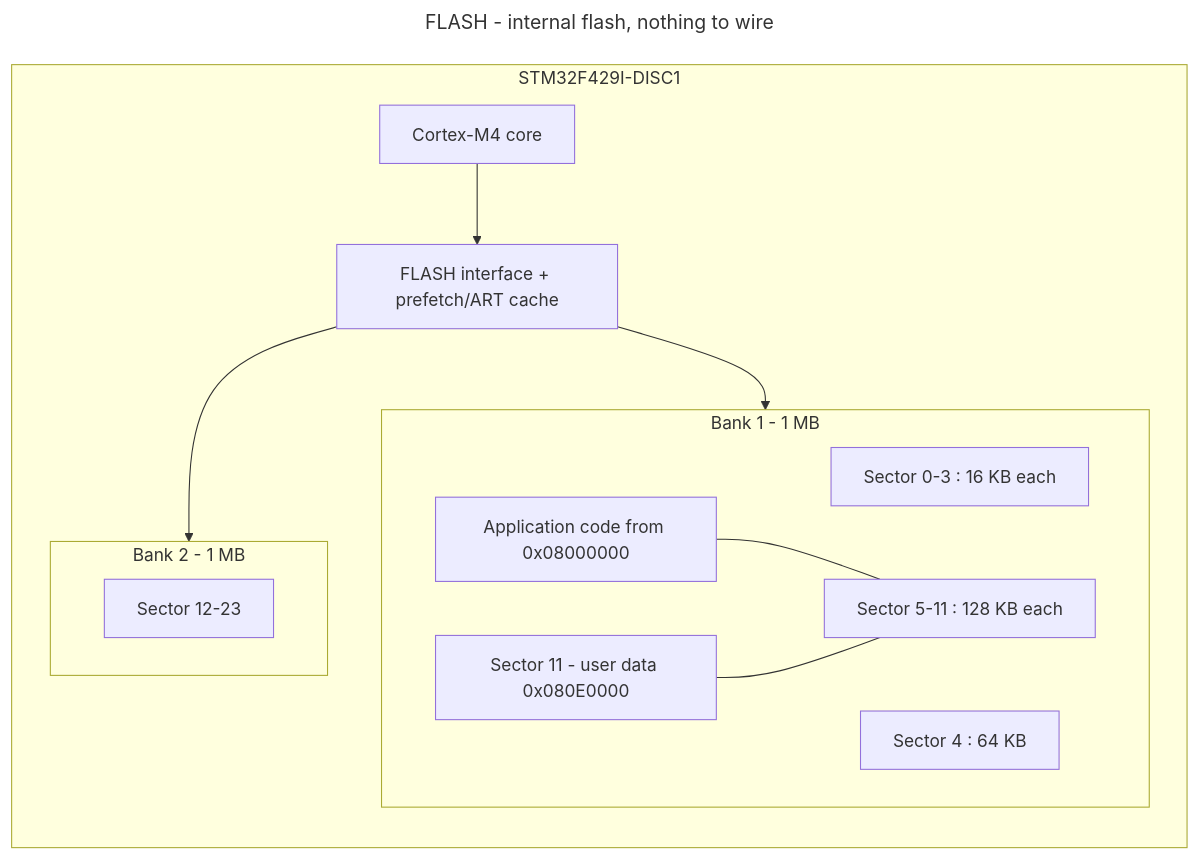
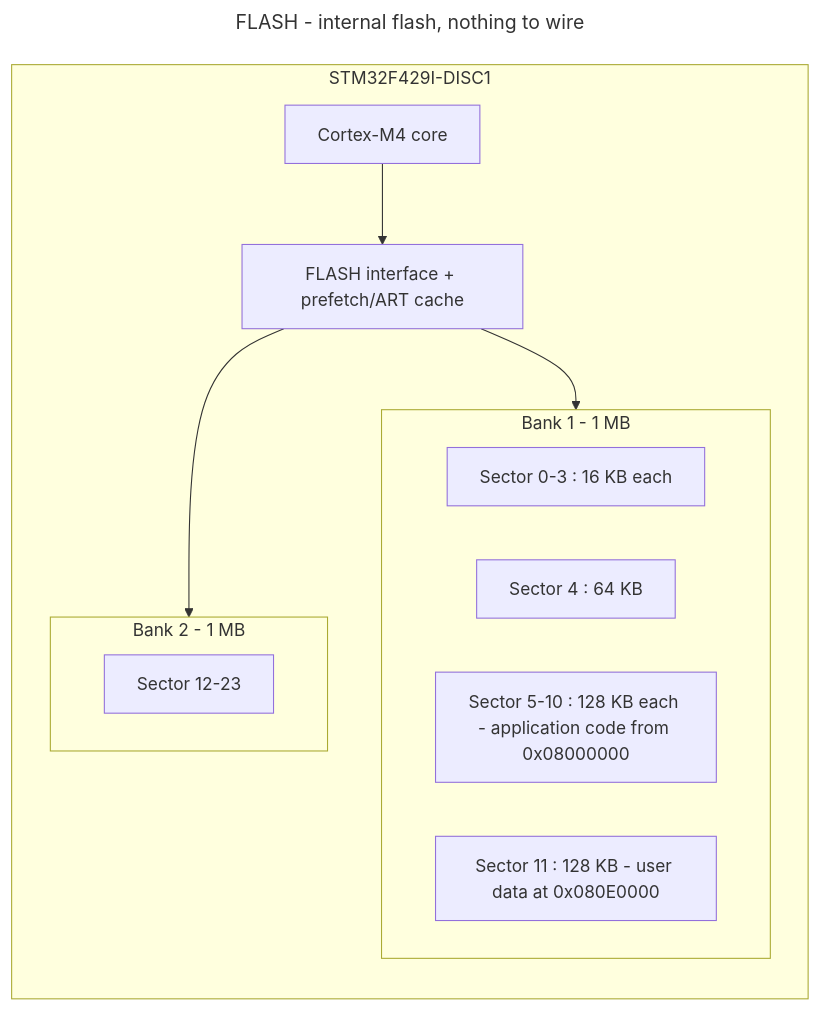
One commit to Ekpenyong-Esu/BareMetalMCU2 changed the diagram in Sensor_Cons/Peripherals/FLASH/flash_wiring.mmd. Above: the diagram before and after it, drawn with Mermaid. The commit also changed 13 other files, not shown here.

Commit message:
Rank the remaining wiring diagrams into a single row

```diff
--- a/Sensor_Cons/Peripherals/FLASH/flash_wiring.mmd
+++ b/Sensor_Cons/Peripherals/FLASH/flash_wiring.mmd
@@ -1,30 +1,27 @@
 ---
 title: FLASH - internal flash, nothing to wire
 ---
 %% ON-CHIP ONLY. 2 MB embedded flash in two 1 MB banks. No pins.
 %% Sector 11 (0x080E0000, 128 KB) is reserved for user data by this driver.
 %% Erase granularity is a whole sector - there is no byte erase.
 %% Writes only clear bits; a sector erase is what sets them back to 1.
 flowchart LR
     subgraph MCU["STM32F429I-DISC1"]
         CPU["Cortex-M4 core"]
         FI["FLASH interface + prefetch/ART cache"]
 
         subgraph B1["Bank 1 - 1 MB"]
             S0["Sector 0-3 : 16 KB each"]
             S4["Sector 4 : 64 KB"]
-            S5["Sector 5-11 : 128 KB each"]
-            APPC["Application code from 0x08000000"]
-            USER["Sector 11 - user data 0x080E0000"]
+            S5["Sector 5-10 : 128 KB each - application code from 0x08000000"]
+            S11["Sector 11 : 128 KB - user data at 0x080E0000"]
         end
 
         subgraph B2["Bank 2 - 1 MB"]
             S12["Sector 12-23"]
         end
     end
 
     CPU --> FI
     FI --> B1
     FI --> B2
-    APPC --- S5
-    USER --- S5
```
